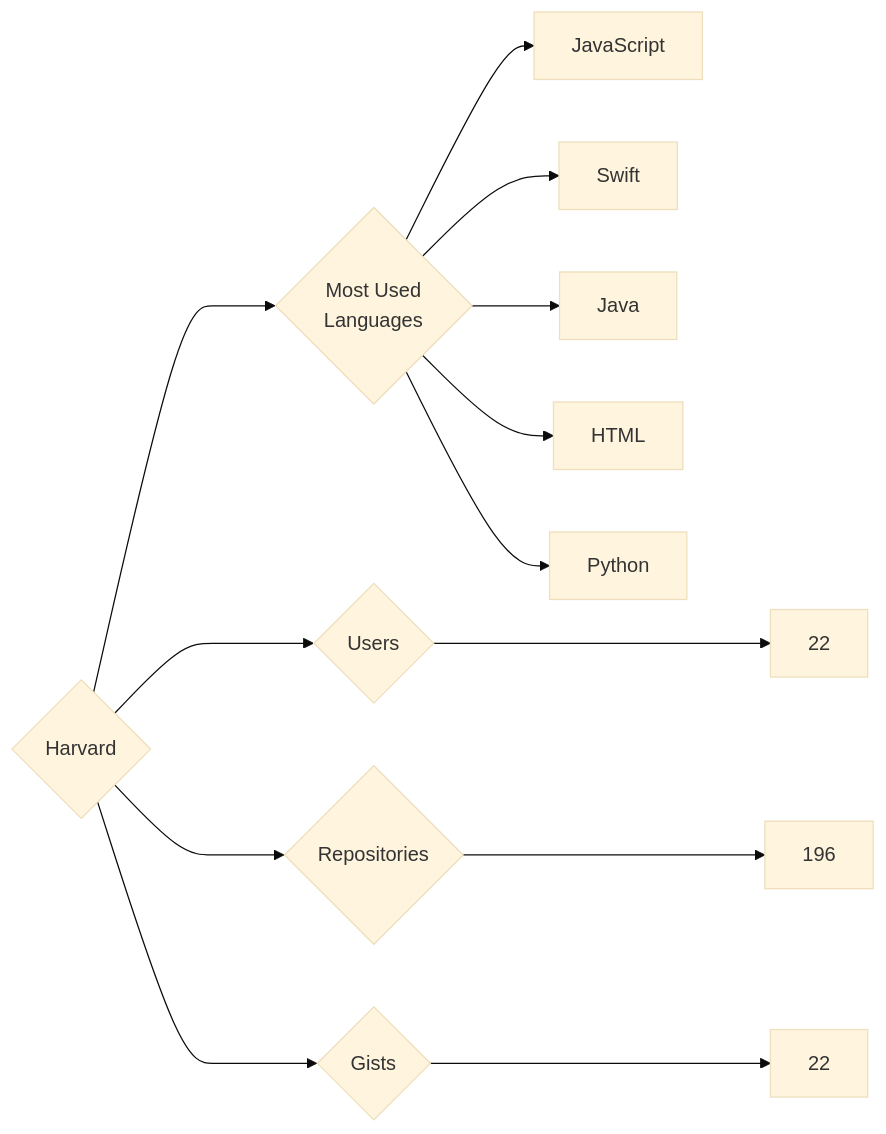
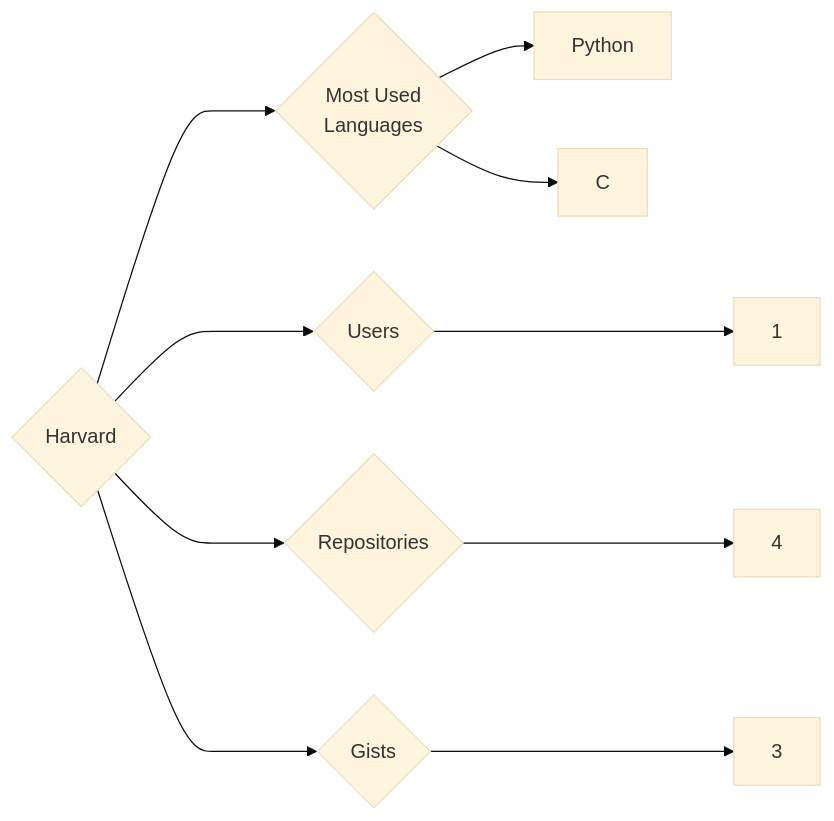
One commit to trickest/insiders changed the diagram in targets/Harvard/README.md. Above: the diagram before and after it, drawn with Mermaid (base theme). The commit also changed 888 other files, not shown here.

````diff
--- a/targets/Harvard/README.md
+++ b/targets/Harvard/README.md
@@ -3,13 +3,10 @@
 ```mermaid
 graph LR
 COMPANY_NAME{Harvard}
-COMPANY_NAME ---> U{Users} ---> UN[22]
-COMPANY_NAME ---> R{Repositories} ---> RN[196]
-COMPANY_NAME ---> G{Gists} ---> GN[22]
+COMPANY_NAME ---> U{Users} ---> UN[1]
+COMPANY_NAME ---> R{Repositories} ---> RN[4]
+COMPANY_NAME ---> G{Gists} ---> GN[3]
 COMPANY_NAME ---> ML{Most Used<br>Languages}
-ML --> JavaScript[JavaScript]
-ML --> Swift[Swift]
-ML --> Java[Java]
-ML --> HTML[HTML]
 ML --> Python[Python]
+ML --> C[C]
 ```
````
